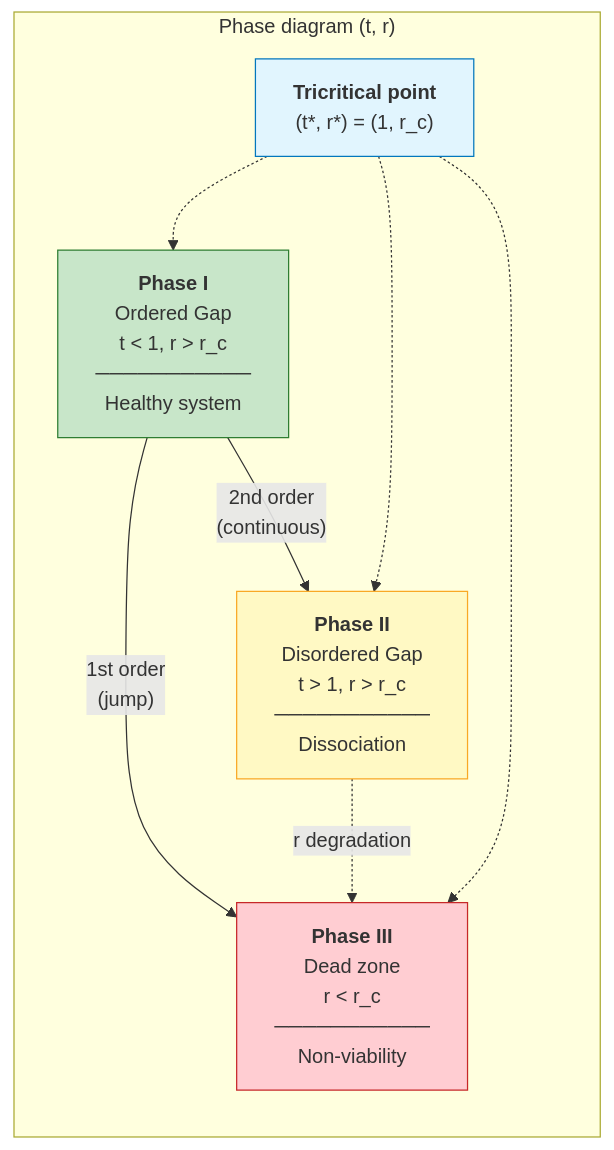
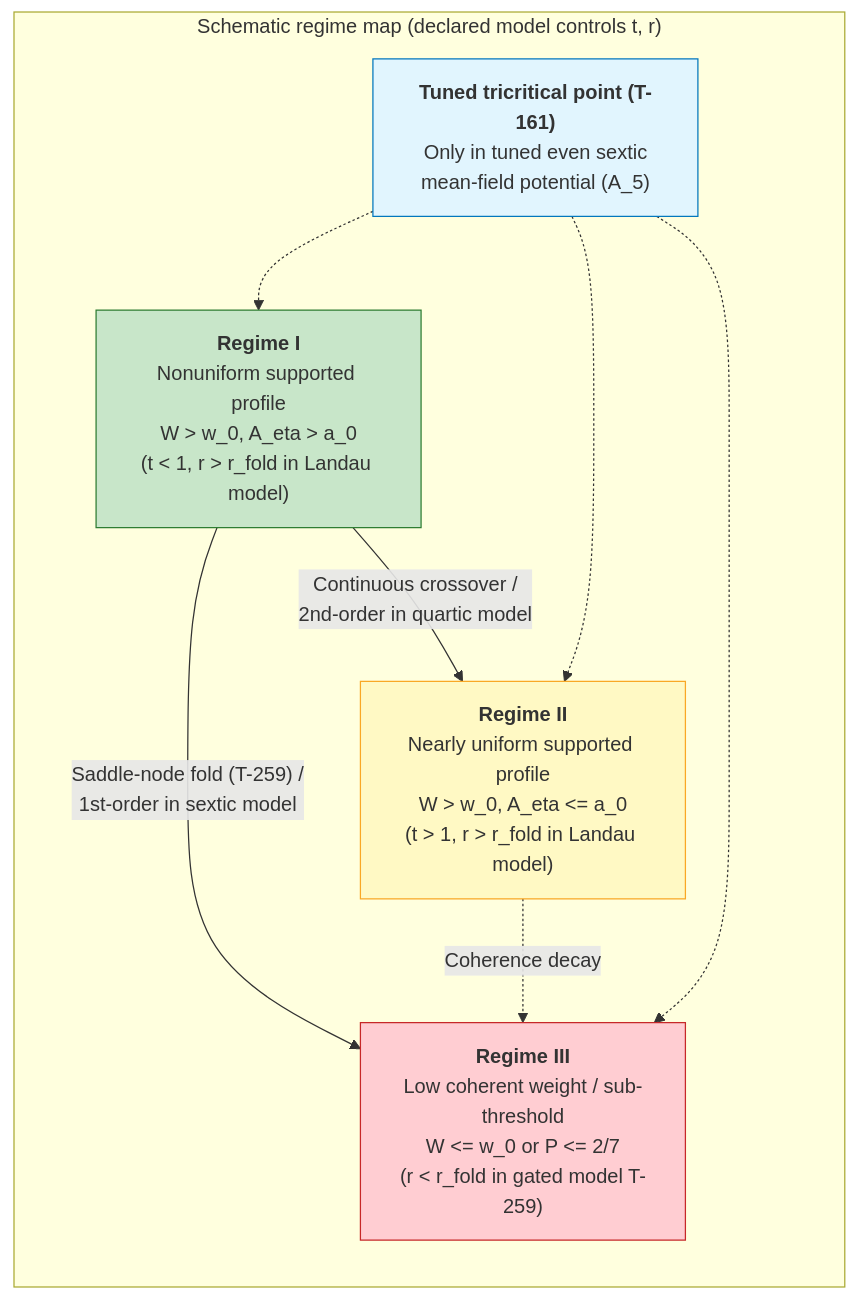
One commit to gst-st/uhm changed the first of 2 diagrams in website/docs/applied/coherence-cybernetics/phase-diagram-cc.md. Above: the diagram before and after it, drawn with Mermaid. The commit also changed other lines of this file and 376 other files, not shown here.

First line of the commit message:
Refactor UHM canon, decontaminate architecture, and verify EN/RU parity

````diff
--- a/website/docs/applied/coherence-cybernetics/phase-diagram-cc.md
+++ b/website/docs/applied/coherence-cybernetics/phase-diagram-cc.md
@@ -183,22 +174,22 @@
 ```mermaid
 graph LR
-    subgraph "Phase diagram (t, r)"
+    subgraph "Schematic regime map (declared model controls t, r)"
         direction TB
-        P1["<b>Phase I</b><br/>Ordered Gap<br/>t < 1, r > r_c<br/>───────────<br/>Healthy system"]
-        P2["<b>Phase II</b><br/>Disordered Gap<br/>t > 1, r > r_c<br/>───────────<br/>Dissociation"]
-        P3["<b>Phase III</b><br/>Dead zone<br/>r < r_c<br/>───────────<br/>Non-viability"]
-        TC["<b>Tricritical point</b><br/>(t*, r*) = (1, r_c)"]
+        P1["<b>Regime I</b><br/>Nonuniform supported profile<br/>W > w_0, A_eta > a_0<br/>(t < 1, r > r_fold in Landau model)"]
+        P2["<b>Regime II</b><br/>Nearly uniform supported profile<br/>W > w_0, A_eta <= a_0<br/>(t > 1, r > r_fold in Landau model)"]
+        P3["<b>Regime III</b><br/>Low coherent weight / sub-threshold<br/>W <= w_0 or P <= 2/7<br/>(r < r_fold in gated model T-259)"]
+        TC["<b>Tuned tricritical point (T-161)</b><br/>Only in tuned even sextic<br/>mean-field potential (A_5)"]
 
-        P1 -->|"2nd order<br/>(continuous)"| P2
-        P1 -->|"1st order<br/>(jump)"| P3
-        P2 -.->|"r degradation"| P3
+        P1 -->|"Continuous crossover /<br/>2nd-order in quartic model"| P2
+        P1 -->|"Saddle-node fold (T-259) /<br/>1st-order in sextic model"| P3
+        P2 -.->|"Coherence decay"| P3
         TC -.-> P1
         TC -.-> P2
         TC -.-> P3
     end
 
     style P1 fill:#c8e6c9,stroke:#2e7d32
     style P2 fill:#fff9c4,stroke:#f9a825
     style P3 fill:#ffcdd2,stroke:#c62828
     style TC fill:#e1f5fe,stroke:#0277bd
 ```
````
